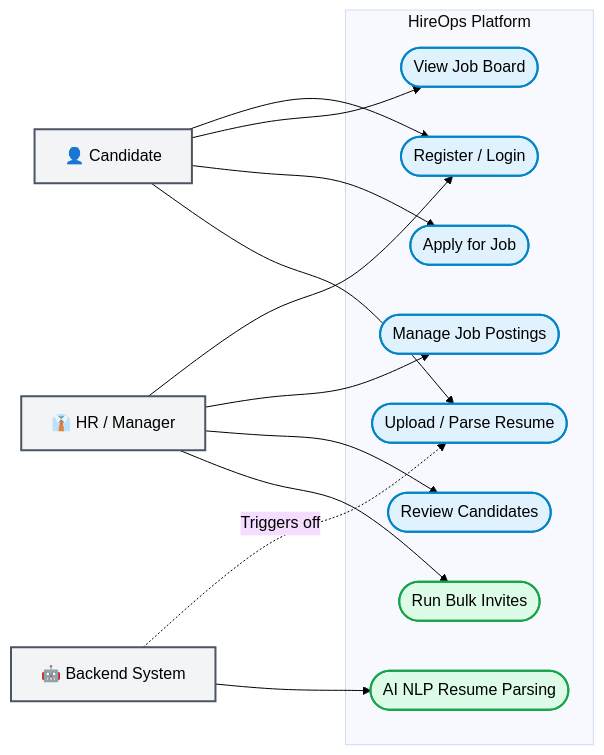
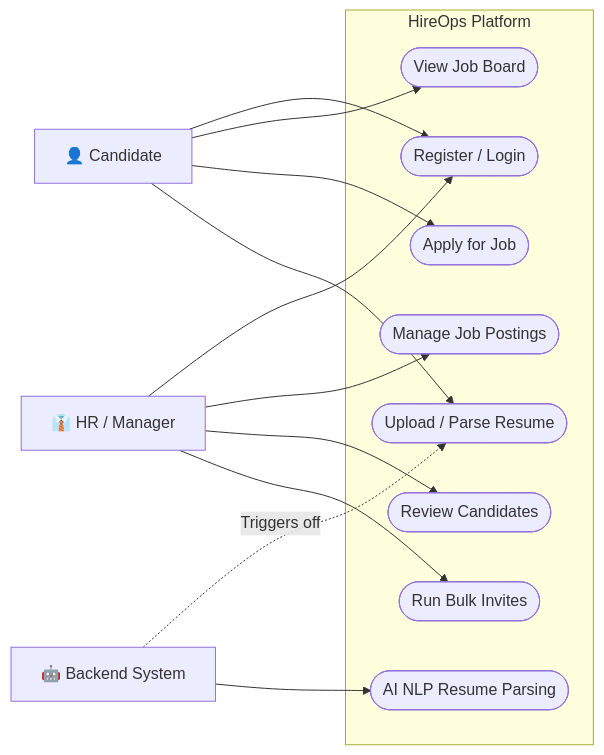
Before and after one commit to itapurba0/interview: the second of 5 diagrams in hireops/ARCHITECTURE.md, drawn with Mermaid. The commit also changed other lines of this file, not shown here.

````diff
--- a/hireops/ARCHITECTURE.md
+++ b/hireops/ARCHITECTURE.md
@@ -73,39 +61,33 @@
 ```mermaid
-%%{init: {'theme': 'base', 'themeVariables': { 'background': '#ffffff', 'primaryTextColor': '#000000', 'lineColor': '#000000' }}}%%
 flowchart LR
-    classDef actor fill:#f3f4f6,stroke:#4b5563,color:#000000,stroke-width:2px;
-    classDef usecase fill:#e0f2fe,stroke:#0284c7,color:#000000,stroke-width:2px;
-    classDef system_uc fill:#dcfce7,stroke:#16a34a,color:#000000,stroke-width:2px;
-
     %% Actors
-    Candidate["👤 Candidate"]:::actor
-    HR["👔 HR / Manager"]:::actor
-    System["🤖 Backend System"]:::actor
+    Candidate["👤 Candidate"]
+    HR["👔 HR / Manager"]
+    System["🤖 Backend System"]
 
     %% Use Cases
     subgraph HireOps Platform
-        UC1(["Register / Login"]):::usecase
-        UC2(["View Job Board"]):::usecase
-        UC3(["Apply for Job"]):::usecase
-        UC4(["Upload / Parse Resume"]):::usecase
-        UC5(["Manage Job Postings"]):::usecase
-        UC6(["Review Candidates"]):::usecase
-        
-        UC7(["AI NLP Resume Parsing"]):::system_uc
-        UC8(["Run Bulk Invites"]):::system_uc
+        UC1(["Register / Login"])
+        UC2(["View Job Board"])
+        UC3(["Apply for Job"])
+        UC4(["Upload / Parse Resume"])
+        UC5(["Manage Job Postings"])
+        UC6(["Review Candidates"])
+        UC7(["AI NLP Resume Parsing"])
+        UC8(["Run Bulk Invites"])
     end
 
     %% Relationships
     Candidate --> UC1
     Candidate --> UC2
     Candidate --> UC3
     Candidate --> UC4
 
     HR --> UC1
     HR --> UC5
     HR --> UC6
     HR --> UC8
 
     System -.->|Triggers off| UC4
     System --> UC7
 ```
````
